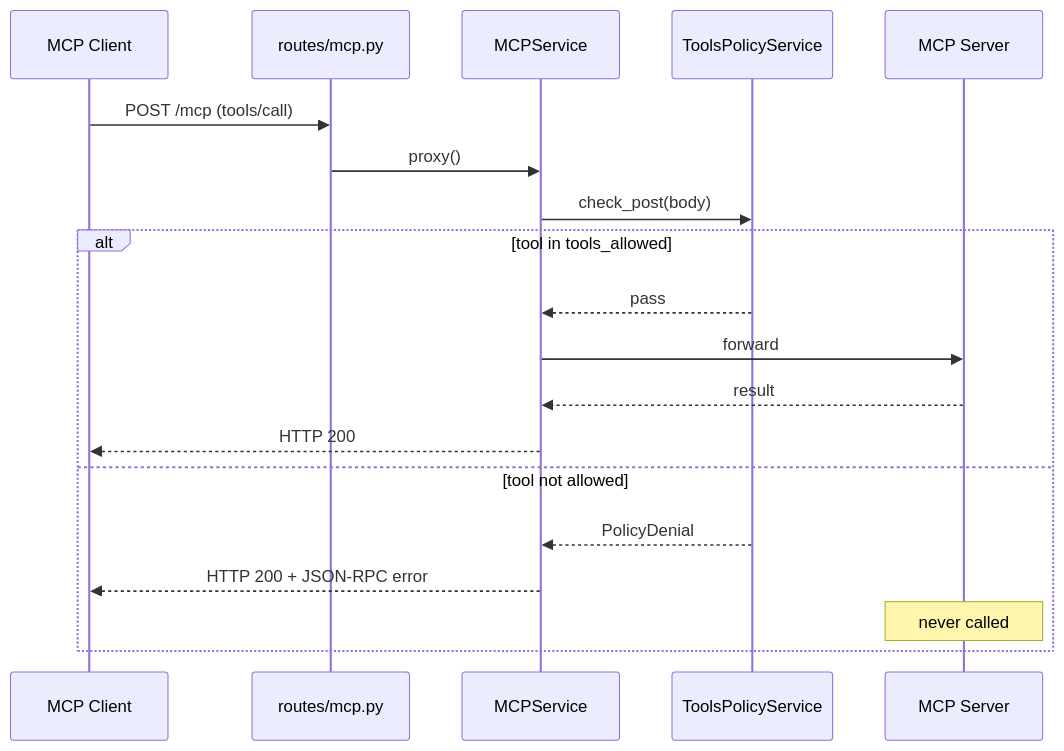
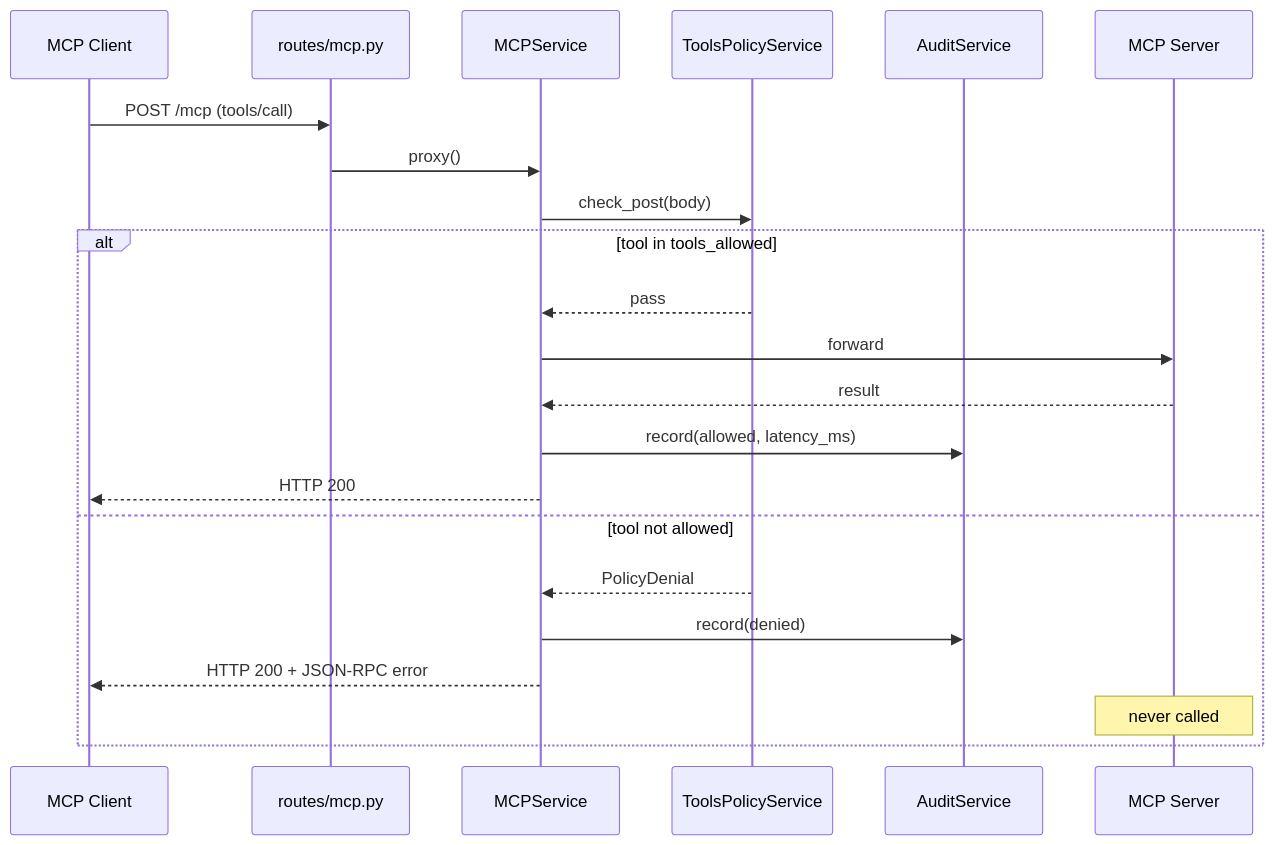
One commit to FabioDiCeglie/MCP-Gateway changed the diagram in DOCS.md. Above: the diagram before and after it, drawn with Mermaid. The commit also changed other lines of this file and 8 other files, not shown here.

````diff
--- a/DOCS.md
+++ b/DOCS.md
@@ -35,23 +35,26 @@
 ```mermaid
 sequenceDiagram
     participant C as MCP Client
     participant R as routes/mcp.py
     participant P as MCPService
     participant T as ToolsPolicyService
+    participant A as AuditService
     participant S as MCP Server
 
     C->>R: POST /mcp (tools/call)
     R->>P: proxy()
     P->>T: check_post(body)
 
     alt tool in tools_allowed
         T-->>P: pass
         P->>S: forward
         S-->>P: result
+        P->>A: record(allowed, latency_ms)
         P-->>C: HTTP 200
     else tool not allowed
         T-->>P: PolicyDenial
+        P->>A: record(denied)
         P-->>C: HTTP 200 + JSON-RPC error
         Note over S: never called
     end
 ```
````
